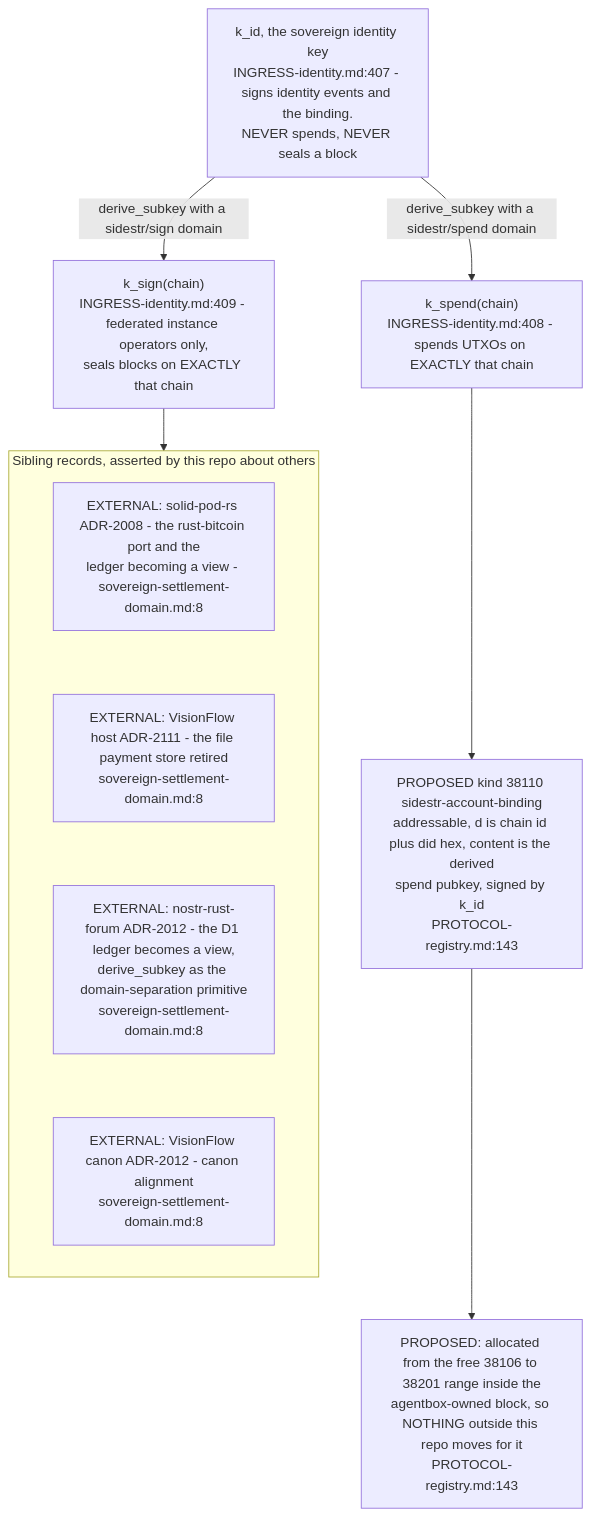
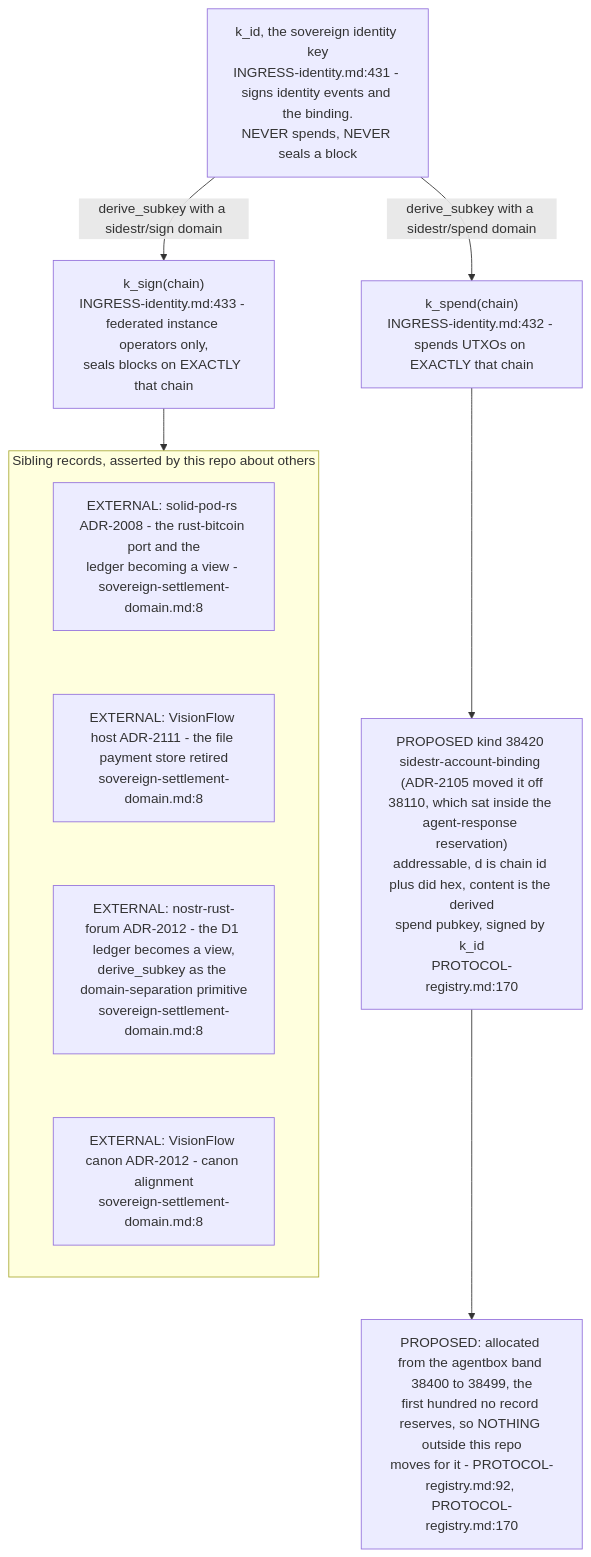
Before and after one commit to DreamLab-AI/VisionFlow: the fifth of 7 diagrams in docs/diagrams/agentbox/31-sovereign-settlement.md, drawn with Mermaid. The commit also changed other lines of this file and 136 other files, not shown here.

First line of the commit message:
docs(diagrams): refresh the whole corpus to code HEAD and prune low-value diagrams

````diff
--- a/docs/diagrams/agentbox/31-sovereign-settlement.md
+++ b/docs/diagrams/agentbox/31-sovereign-settlement.md
@@ -241,17 +188,17 @@
 ```mermaid
 flowchart TB
-    KID["k_id, the sovereign identity key<br/>INGRESS-identity.md:407 - signs identity events and the binding.<br/>NEVER spends, NEVER seals a block"]
-    KID -->|"derive_subkey with a sidestr/spend domain"| KSP["k_spend(chain)<br/>INGRESS-identity.md:408 - spends UTXOs on EXACTLY that chain"]
-    KID -->|"derive_subkey with a sidestr/sign domain"| KSG["k_sign(chain)<br/>INGRESS-identity.md:409 - federated instance operators only,<br/>seals blocks on EXACTLY that chain"]
-    KSP --> BIND["PROPOSED kind 38110 sidestr-account-binding<br/>addressable, d is chain id plus did hex, content is the derived<br/>spend pubkey, signed by k_id<br/>PROTOCOL-registry.md:143"]
-    BIND --> REG["PROPOSED: allocated from the free 38106 to 38201 range inside the<br/>agentbox-owned block, so NOTHING outside this repo moves for it<br/>PROTOCOL-registry.md:143"]
+    KID["k_id, the sovereign identity key<br/>INGRESS-identity.md:431 - signs identity events and the binding.<br/>NEVER spends, NEVER seals a block"]
+    KID -->|"derive_subkey with a sidestr/spend domain"| KSP["k_spend(chain)<br/>INGRESS-identity.md:432 - spends UTXOs on EXACTLY that chain"]
+    KID -->|"derive_subkey with a sidestr/sign domain"| KSG["k_sign(chain)<br/>INGRESS-identity.md:433 - federated instance operators only,<br/>seals blocks on EXACTLY that chain"]
+    KSP --> BIND["PROPOSED kind 38420 sidestr-account-binding (ADR-2105 moved it off<br/>38110, which sat inside the agent-response reservation)<br/>addressable, d is chain id plus did hex, content is the derived<br/>spend pubkey, signed by k_id<br/>PROTOCOL-registry.md:170"]
+    BIND --> REG["PROPOSED: allocated from the agentbox band 38400 to 38499, the<br/>first hundred no record reserves, so NOTHING outside this repo<br/>moves for it - PROTOCOL-registry.md:92, PROTOCOL-registry.md:170"]
     subgraph external["Sibling records, asserted by this repo about others"]
         direction TB
         E1["EXTERNAL: solid-pod-rs ADR-2008 - the rust-bitcoin port and the<br/>ledger becoming a view - sovereign-settlement-domain.md:8"]
         E2["EXTERNAL: VisionFlow host ADR-2111 - the file payment store retired<br/>sovereign-settlement-domain.md:8"]
         E3["EXTERNAL: nostr-rust-forum ADR-2012 - the D1 ledger becomes a view,<br/>derive_subkey as the domain-separation primitive<br/>sovereign-settlement-domain.md:8"]
         E4["EXTERNAL: VisionFlow canon ADR-2012 - canon alignment<br/>sovereign-settlement-domain.md:8"]
         E1 ~~~ E2 ~~~ E3 ~~~ E4
     end
     KSG --> external
 ```
````
